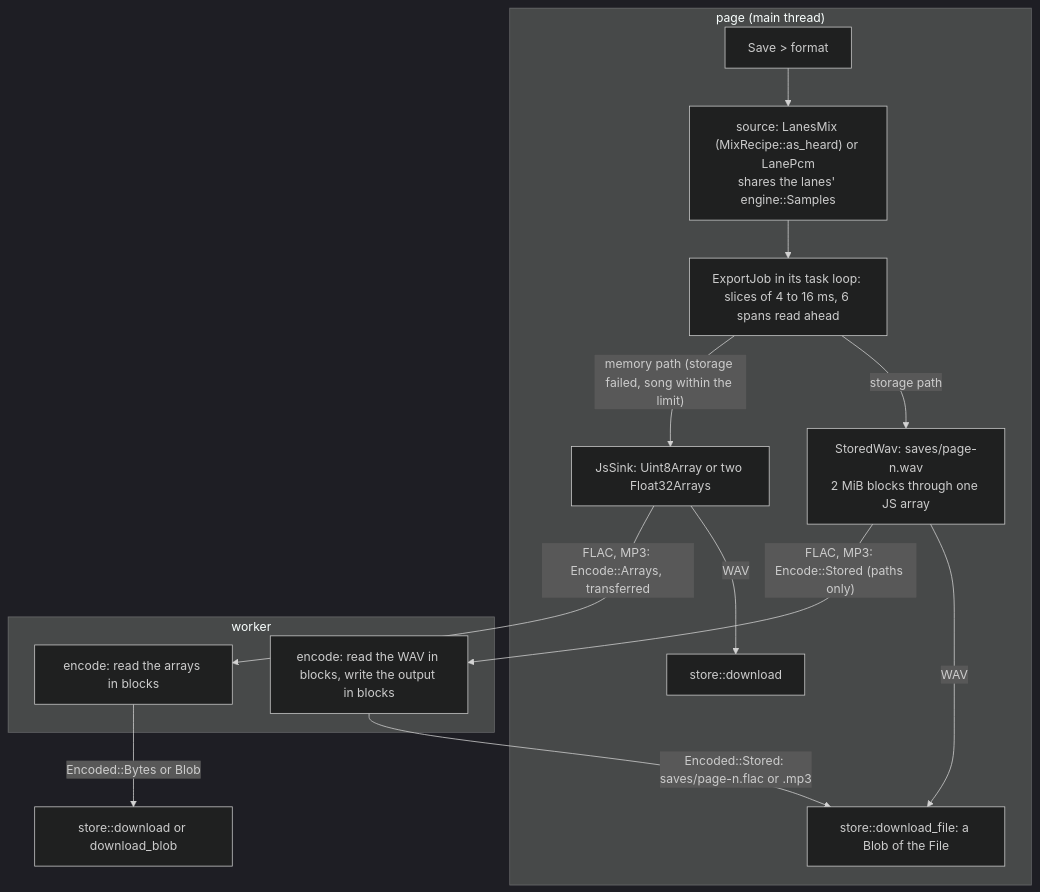
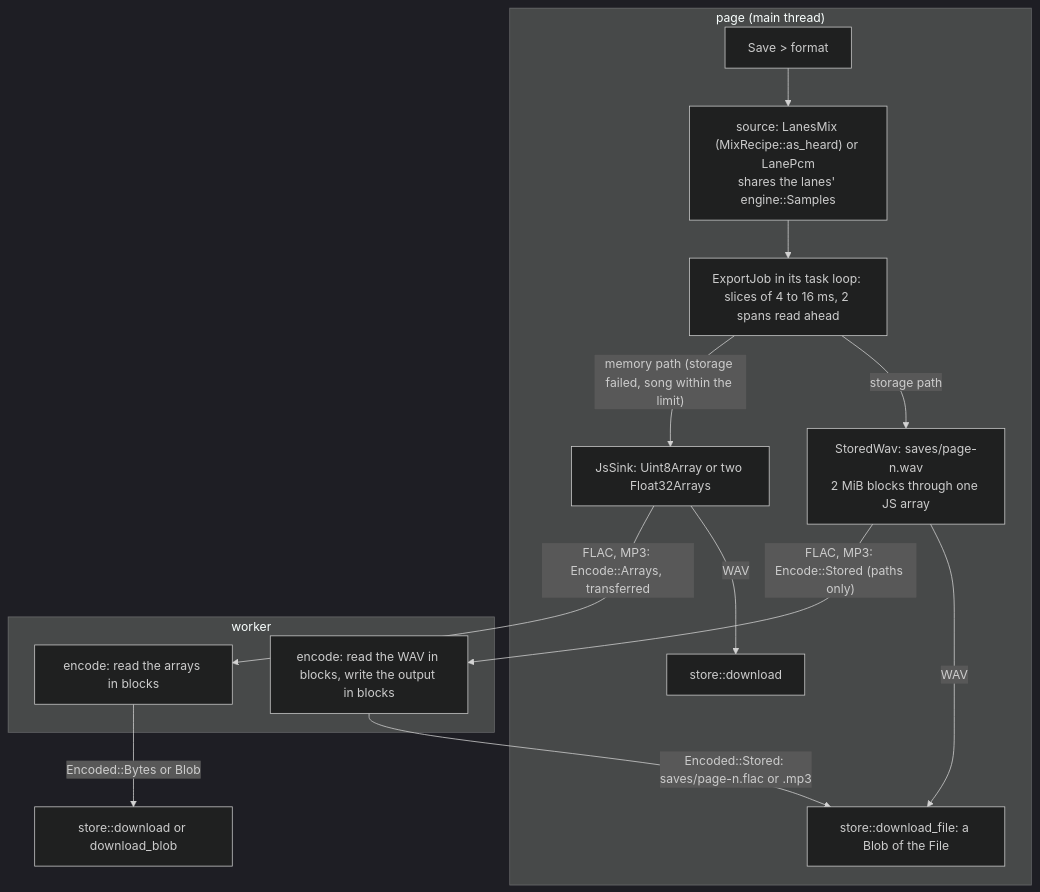
One commit to lloydmeta/stemyla changed the fifth of 5 diagrams in docs/ARCHITECTURE.md. Above: the diagram before and after it, drawn with Mermaid (dark theme). The commit also changed other lines of this file and 13 other files, not shown here.

````diff
--- a/docs/ARCHITECTURE.md
+++ b/docs/ARCHITECTURE.md
@@ -229,19 +240,19 @@
 ```mermaid
 flowchart TD
   subgraph page["page (main thread)"]
     CLICK["Save > format"] --> SRC["source: LanesMix (MixRecipe::as_heard) or LanePcm<br/>shares the lanes' engine::Samples"]
-    SRC --> JOB["ExportJob in its task loop: slices of 4 to 16 ms, 6 spans read ahead"]
+    SRC --> JOB["ExportJob in its task loop: slices of 4 to 16 ms, 2 spans read ahead"]
     JOB -->|"storage path"| WAV["StoredWav: saves/page-n.wav<br/>2 MiB blocks through one JS array"]
     WAV -->|WAV| OFFER["store::download_file: a Blob of the File"]
     JOB -->|"memory path (storage failed, song within the limit)"| JS["JsSink: Uint8Array or two Float32Arrays"]
     JS -->|WAV| DL["store::download"]
   end
   subgraph worker["worker"]
     ENC["encode: read the WAV in blocks, write the output in blocks"]
     ENCM["encode: read the arrays in blocks"]
   end
   WAV -->|"FLAC, MP3: Encode::Stored (paths only)"| ENC
   ENC -->|"Encoded::Stored: saves/page-n.flac or .mp3"| OFFER
   JS -->|"FLAC, MP3: Encode::Arrays, transferred"| ENCM
   ENCM -->|"Encoded::Bytes or Blob"| DL2["store::download or download_blob"]
 ```
````
